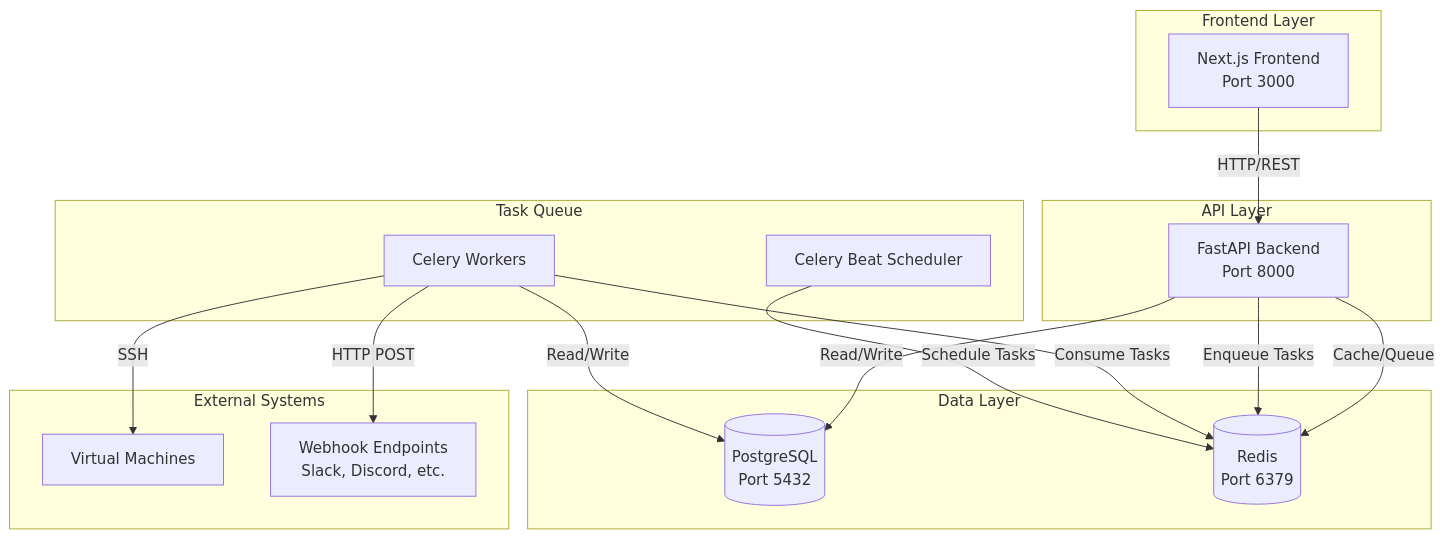
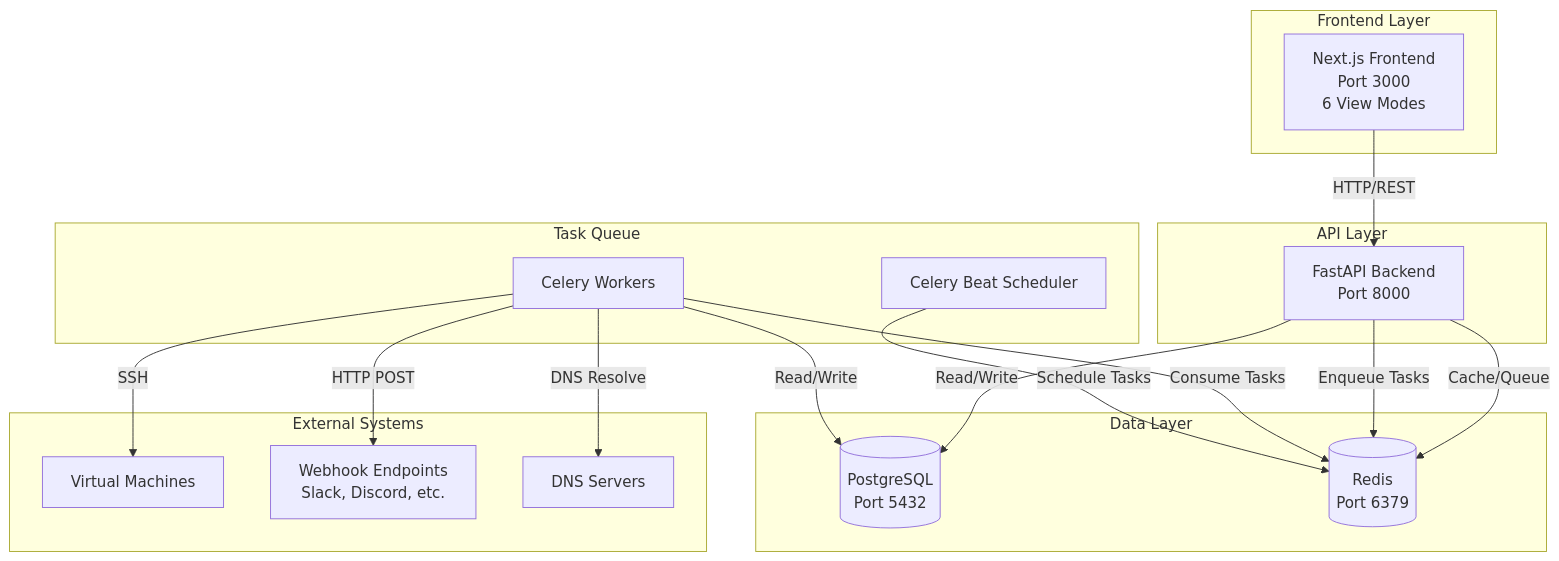
One commit to vedantchimote/VMLedger changed the first of 7 diagrams in docs/architecture/overview.mdx. Above: the diagram before and after it, drawn with Mermaid. The commit also changed other lines of this file and 4 other files, not shown here.

Commit message:
docs: update Mintlify documentation and convert ASCII to Mermaid

````diff
--- a/docs/architecture/overview.mdx
+++ b/docs/architecture/overview.mdx
@@ -10,35 +10,37 @@
 ```mermaid
 graph TB
     subgraph "Frontend Layer"
-        UI[Next.js Frontend<br/>Port 3000]
+        UI["Next.js Frontend<br/>Port 3000<br/>6 View Modes"]
     end
     
     subgraph "API Layer"
-        API[FastAPI Backend<br/>Port 8000]
+        API["FastAPI Backend<br/>Port 8000"]
     end
     
     subgraph "Task Queue"
-        CELERY[Celery Workers]
-        BEAT[Celery Beat Scheduler]
+        CELERY["Celery Workers"]
+        BEAT["Celery Beat Scheduler"]
     end
     
     subgraph "Data Layer"
-        PG[(PostgreSQL<br/>Port 5432)]
-        REDIS[(Redis<br/>Port 6379)]
+        PG[("PostgreSQL<br/>Port 5432")]
+        REDIS[("Redis<br/>Port 6379")]
     end
     
     subgraph "External Systems"
-        VMS[Virtual Machines]
-        WEBHOOKS[Webhook Endpoints<br/>Slack, Discord, etc.]
+        VMS["Virtual Machines"]
+        WEBHOOKS["Webhook Endpoints<br/>Slack, Discord, etc."]
+        DNS["DNS Servers"]
     end
     
     UI -->|HTTP/REST| API
     API -->|Read/Write| PG
     API -->|Cache/Queue| REDIS
     API -->|Enqueue Tasks| REDIS
     CELERY -->|Consume Tasks| REDIS
     CELERY -->|Read/Write| PG
     CELERY -->|SSH| VMS
     CELERY -->|HTTP POST| WEBHOOKS
+    CELERY -->|DNS Resolve| DNS
     BEAT -->|Schedule Tasks| REDIS
 ```
````
